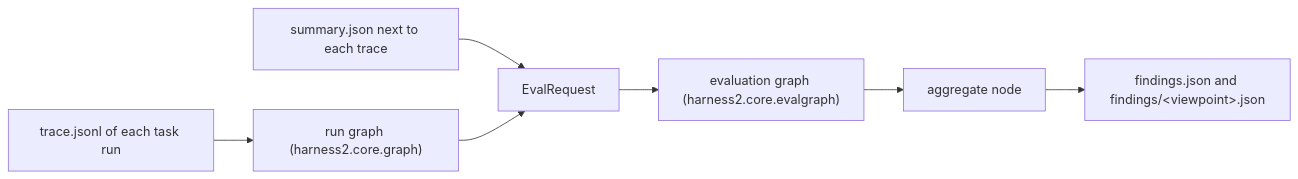
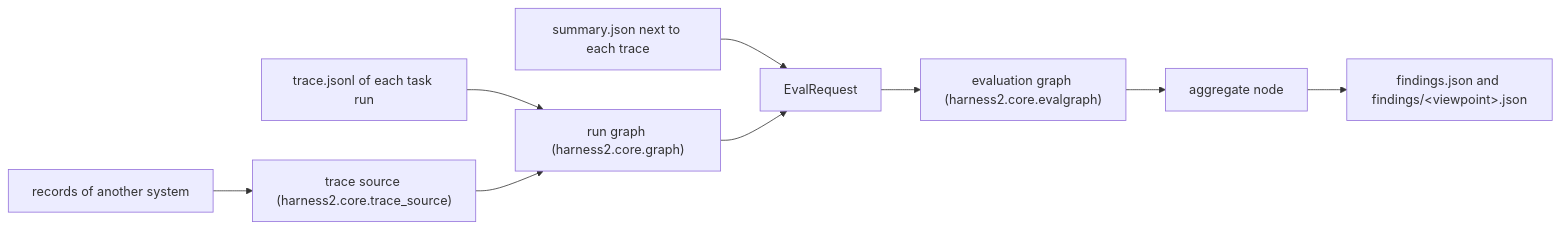
Before and after one commit to reeschan/harness2: the diagram in docs/EVALUATION.md, drawn with Mermaid. The commit also changed other lines of this file and 332 other files, not shown here.

First line of the commit message:
Evaluate external systems' records through trace sources, and guard the layers

````diff
--- a/docs/EVALUATION.md
+++ b/docs/EVALUATION.md
@@ -17,9 +19,11 @@
 ```mermaid
 flowchart LR
     T["trace.jsonl of each task run"] --> G["run graph (harness2.core.graph)"]
+    X["records of another system"] --> TS["trace source (harness2.core.trace_source)"]
+    TS --> G
     S["summary.json next to each trace"] --> R["EvalRequest"]
     G --> R
     R --> E["evaluation graph (harness2.core.evalgraph)"]
     E --> A["aggregate node"]
     A --> F["findings.json and findings/&lt;viewpoint&gt;.json"]
 ```
````
